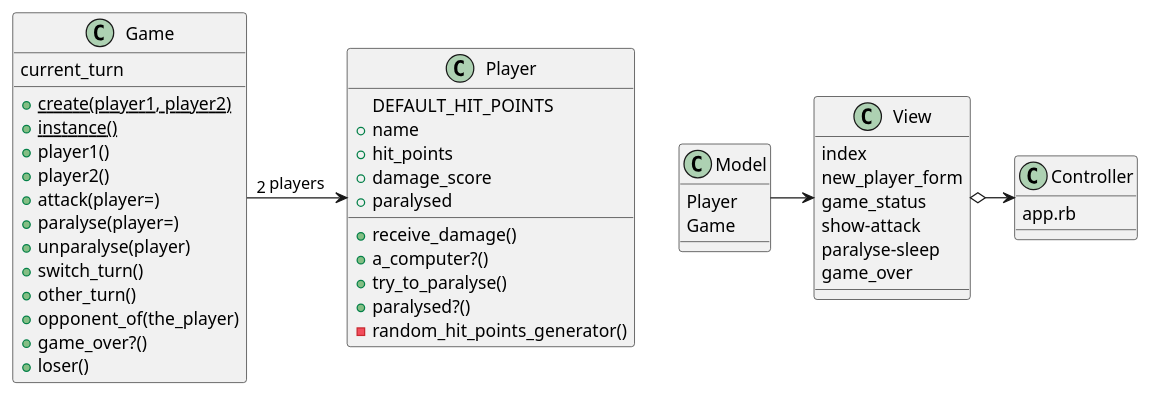
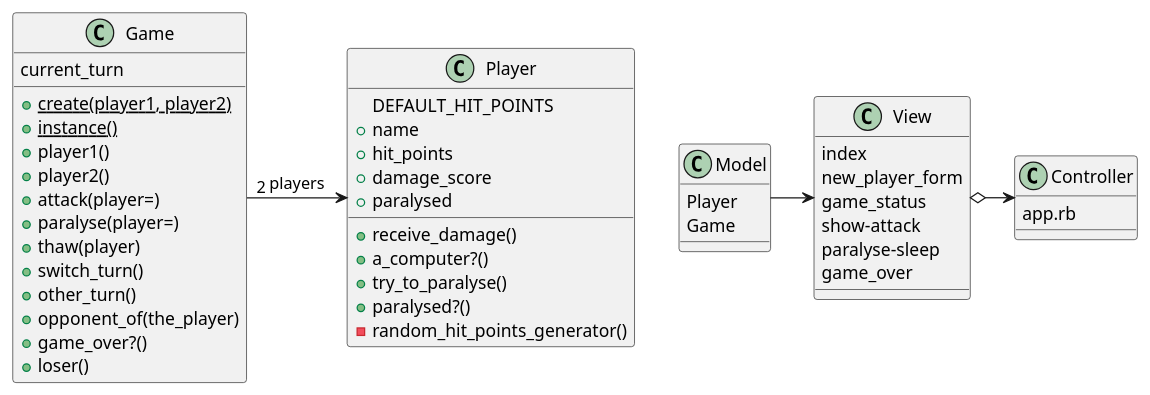
One commit to meta-morpho-sys/new_battle2 changed the diagram in battle.puml. Above: the diagram before and after it, drawn with PlantUML. The commit also changed 9 other files, not shown here.

```diff
--- a/battle.puml
+++ b/battle.puml
@@ -1,55 +1,55 @@
 @startuml
 
 class Game {
     +{static} create(player1, player2)
     +{static} instance()
     current_turn
     +player1()
     +player2()
     +attack(player=)
     +paralyse(player=)
-    +unparalyse(player)
+    +thaw(player)
     +switch_turn()
     +other_turn()
     +opponent_of(the_player)
     +game_over?()
     +loser()
 }
 
 class Player {
     DEFAULT_HIT_POINTS
     +name
     +hit_points
     +damage_score
     +paralysed
     +receive_damage()
     +a_computer?()
     +try_to_paralyse()
     +paralysed?()
     -random_hit_points_generator()
 }
 
 class Model {
     Player
     Game
 }
 
 class Controller {
     app.rb
 }
 
 class View {
     index
     new_player_form
     game_status
     show-attack
     paralyse-sleep
     game_over
 }
 
 Game -> Player :"2" players
 
 Model ->View
 View o-> Controller
 
 @enduml
```
